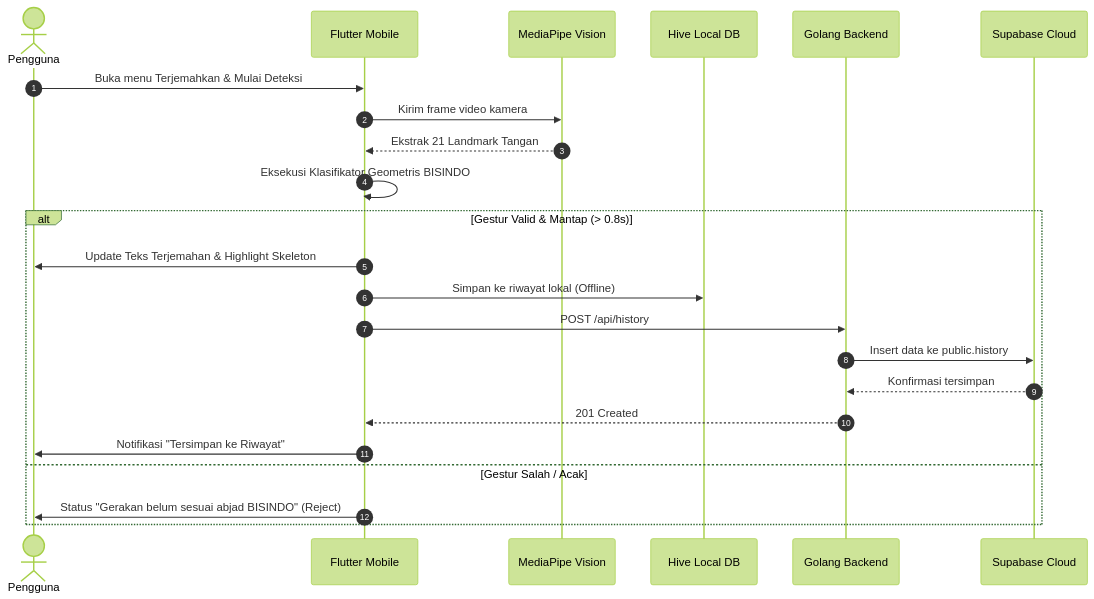
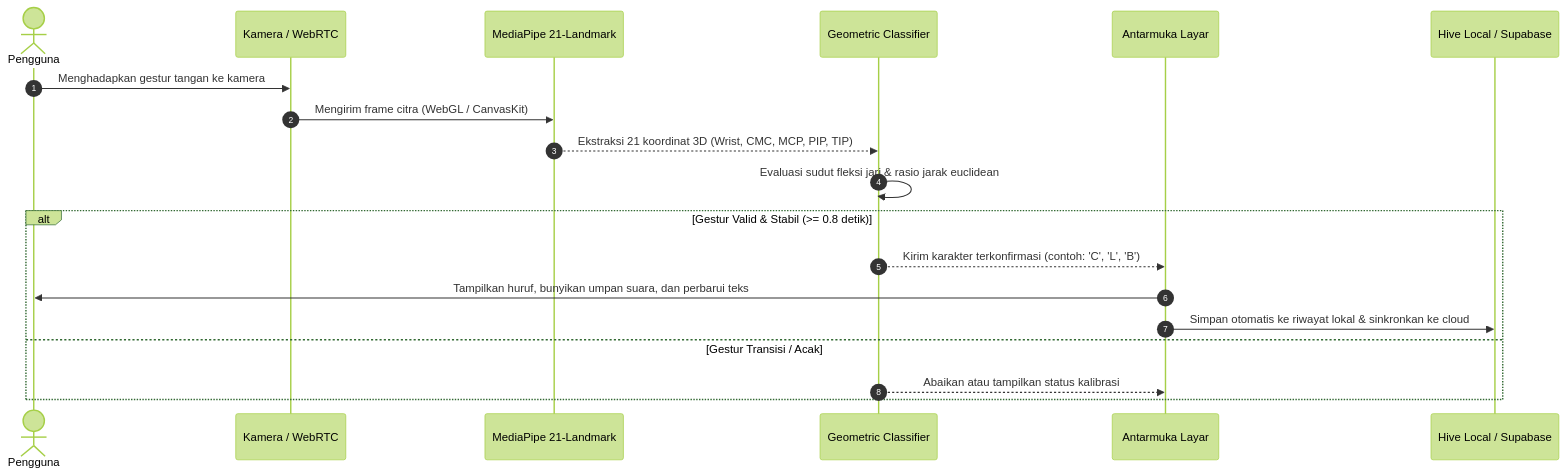
One commit to Muhfaizr21/BISINDO-Mobile changed the diagram in README.md. Above: the diagram before and after it, drawn with Mermaid (forest theme). The commit also changed other lines of this file and 55 other files, not shown here.

````diff
--- a/README.md
+++ b/README.md
@@ -159,26 +128,22 @@
 ```mermaid
 sequenceDiagram
     autonumber
-    actor User as Pengguna
-    participant App as Flutter Mobile
-    participant MP as MediaPipe Vision
-    participant LocalDB as Hive Local DB
-    participant Backend as Golang Backend
-    participant Supabase as Supabase Cloud
+    actor Pengguna as Pengguna
+    participant Kamera as Kamera / WebRTC
+    participant Vision as MediaPipe 21-Landmark
+    participant Klasifikator as Geometric Classifier
+    participant UI as Antarmuka Layar
+    participant Storage as Hive Local / Supabase
 
-    User->>App: Buka menu Terjemahkan & Mulai Deteksi
-    App->>MP: Kirim frame video kamera
-    MP-->>App: Ekstrak 21 Landmark Tangan
-    App->>App: Eksekusi Klasifikator Geometris BISINDO
-    alt Gestur Valid & Mantap (> 0.8s)
-        App->>User: Update Teks Terjemahan & Highlight Skeleton
-        App->>LocalDB: Simpan ke riwayat lokal (Offline)
-        App->>Backend: POST /api/history
-        Backend->>Supabase: Insert data ke public.history
-        Supabase-->>Backend: Konfirmasi tersimpan
-        Backend-->>App: 201 Created
-        App->>User: Notifikasi "Tersimpan ke Riwayat"
-    else Gestur Salah / Acak
-        App->>User: Status "Gerakan belum sesuai abjad BISINDO" (Reject)
+    Pengguna->>Kamera: Menghadapkan gestur tangan ke kamera
+    Kamera->>Vision: Mengirim frame citra (WebGL / CanvasKit)
+    Vision-->>Klasifikator: Ekstraksi 21 koordinat 3D (Wrist, CMC, MCP, PIP, TIP)
+    Klasifikator->>Klasifikator: Evaluasi sudut fleksi jari & rasio jarak euclidean
+    alt Gestur Valid & Stabil (>= 0.8 detik)
+        Klasifikator-->>UI: Kirim karakter terkonfirmasi (contoh: 'C', 'L', 'B')
+        UI->>Pengguna: Tampilkan huruf, bunyikan umpan suara, dan perbarui teks
+        UI->>Storage: Simpan otomatis ke riwayat lokal & sinkronkan ke cloud
+    else Gestur Transisi / Acak
+        Klasifikator-->>UI: Abaikan atau tampilkan status kalibrasi
     end
 ```
````
